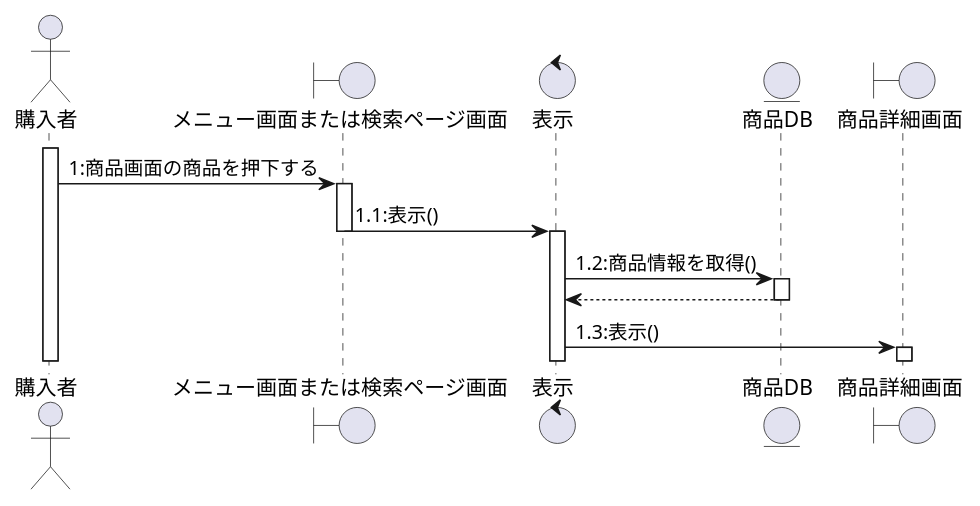
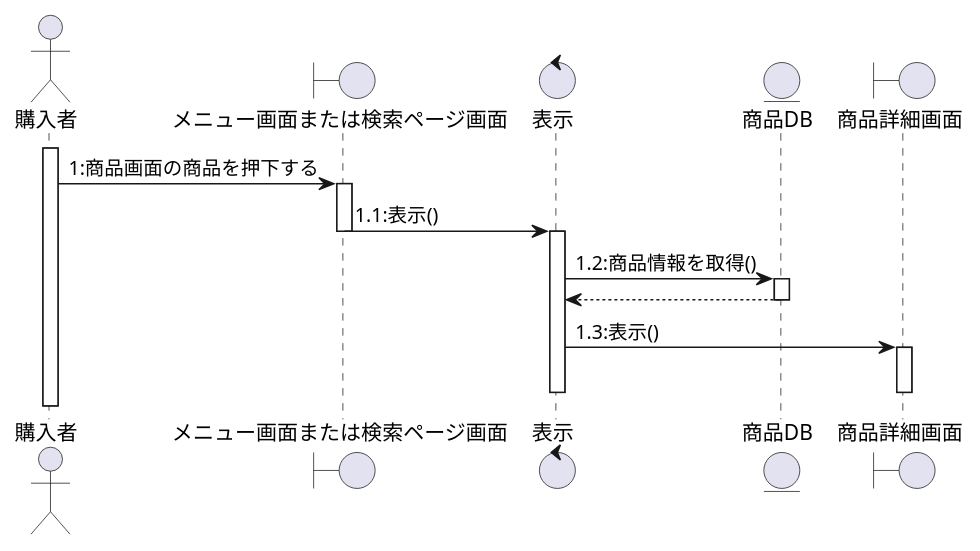
The diagram in シーケンス/シーケンス_購入者/商品詳細.puml (T-kouki/local-vege-link), drawn with PlantUML before and after one commit. The commit also changed 9 other files, not shown here.

```diff
--- a/シーケンス/シーケンス_購入者/商品詳細.puml
+++ b/シーケンス/シーケンス_購入者/商品詳細.puml
@@ -1,21 +1,23 @@
 @startuml
 
 actor 購入者
 boundary メニュー画面または検索ページ画面
 control 表示
 entity 商品DB
 boundary 商品詳細画面
 
 activate 購入者
 購入者 -> メニュー画面または検索ページ画面:1:商品画面の商品を押下する
 activate メニュー画面または検索ページ画面
 メニュー画面または検索ページ画面 -> 表示:1.1:表示()
 deactivate メニュー画面または検索ページ画面
 activate 表示
 表示 -> 商品DB :1.2:商品情報を取得()
 activate 商品DB
 商品DB --> 表示:
 deactivate 商品DB
 表示 -> 商品詳細画面:1.3:表示()
 activate 商品詳細画面
+deactivate 表示
+deactivate 商品詳細画面
 @endumld
```
